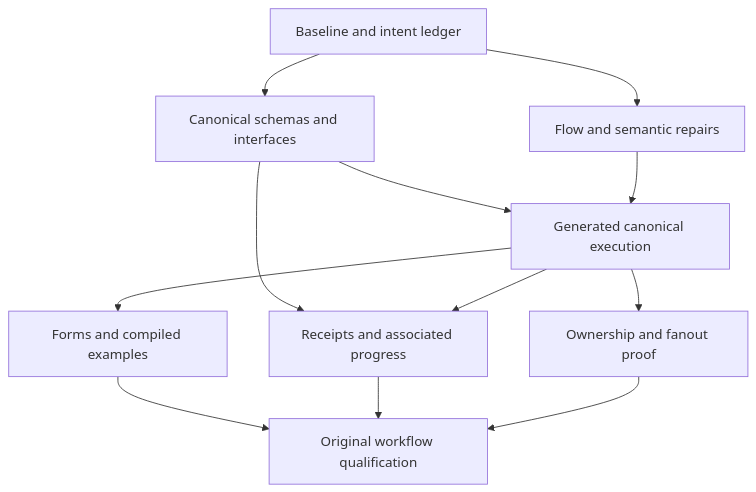
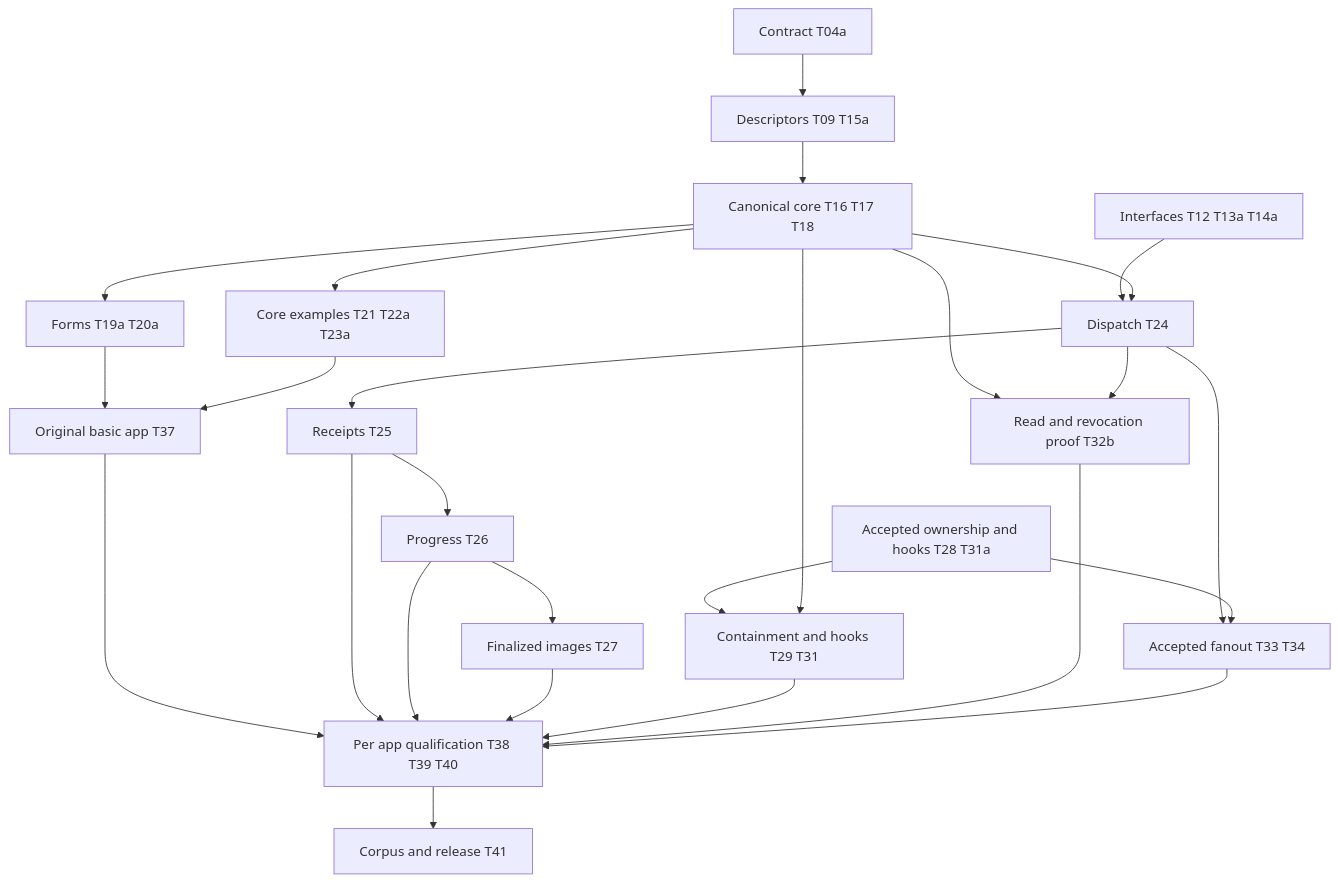
One commit to veighnsche/canlang changed the diagram in implementation/CHALLENGE-AUDIT-PLAN.md. Above: the diagram before and after it, drawn with Mermaid. The commit also changed other lines of this file and 9 other files, not shown here.

````diff
--- a/implementation/CHALLENGE-AUDIT-PLAN.md
+++ b/implementation/CHALLENGE-AUDIT-PLAN.md
@@ -117,14 +130,28 @@
 ```mermaid
 flowchart TD
-    A[Baseline and intent ledger] --> B[Flow and semantic repairs]
-    A --> C[Canonical schemas and interfaces]
-    C --> D[Generated canonical execution]
-    B --> D
-    D --> E[Forms and compiled examples]
-    C --> F[Receipts and associated progress]
+    C[Contract T04a] --> A[Descriptors T09 T15a]
+    A --> R[Canonical core T16 T17 T18]
+    R --> U[Forms T19a T20a]
+    R --> B[Core examples T21 T22a T23a]
+    U --> P[Original basic app T37]
+    B --> P
+    S[Interfaces T12 T13a T14a] --> W[Dispatch T24]
+    R --> W
+    W --> O[Receipts T25]
+    O --> Q[Progress T26]
+    Q --> I[Finalized images T27]
+    D[Accepted ownership and hooks T28 T31a] --> H[Containment and hooks T29 T31]
+    R --> H
+    R --> M[Read and revocation proof T32b]
+    W --> M
+    P --> J[Per app qualification T38 T39 T40]
+    O --> J
+    Q --> J
+    I --> J
+    H --> J
+    M --> J
+    W --> F[Accepted fanout T33 T34]
     D --> F
-    D --> G[Ownership and fanout proof]
-    E --> H[Original workflow qualification]
-    F --> H
-    G --> H
+    F --> J
+    J --> Z[Corpus and release T41]
 ```
````
